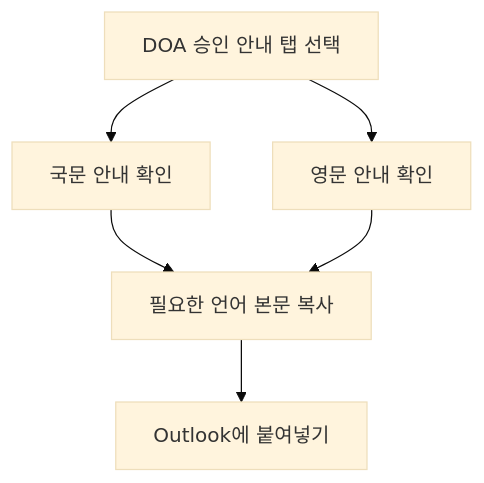
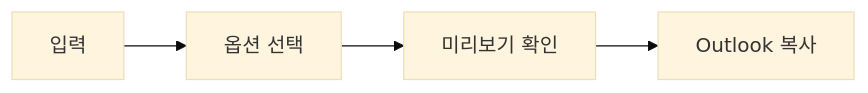
Before and after one commit to schiele19c/logistics-email-draft-generator: the fourth of 9 diagrams in docs/02_workflow-overview.md, drawn with Mermaid (base theme). The commit also changed other lines of this file, not shown here.

````diff
--- a/docs/02_workflow-overview.md
+++ b/docs/02_workflow-overview.md
@@ -346,8 +144,17 @@
 ```mermaid
-flowchart TB
-    A[DOA 승인 안내 탭 선택] --> B[국문 안내 확인]
-    A --> C[영문 안내 확인]
-    B --> D[필요한 언어 본문 복사]
-    C --> D
-    D --> E[Outlook에 붙여넣기]
+flowchart LR
+
+Input[입력]
+
+Option[옵션 선택]
+
+Preview[미리보기 확인]
+
+Copy[Outlook 복사]
+
+Input --> Option
+
+Option --> Preview
+
+Preview --> Copy
 ```
````
